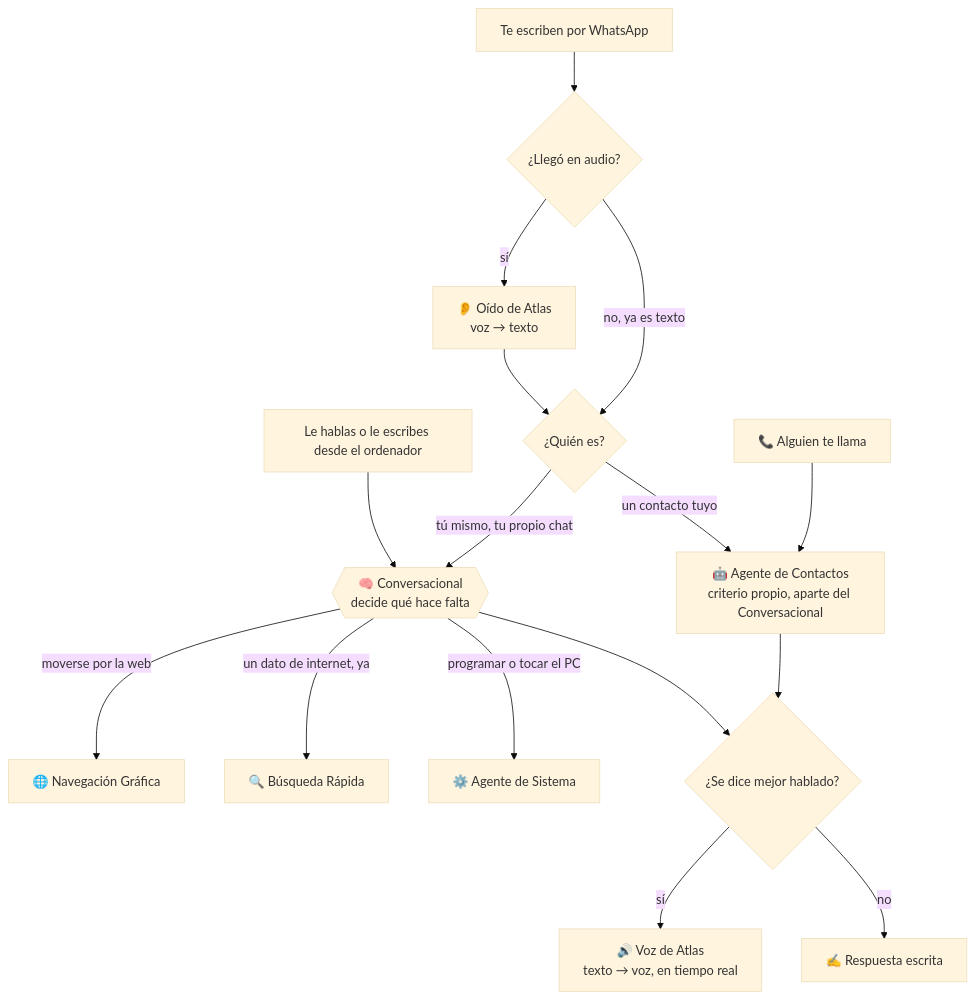
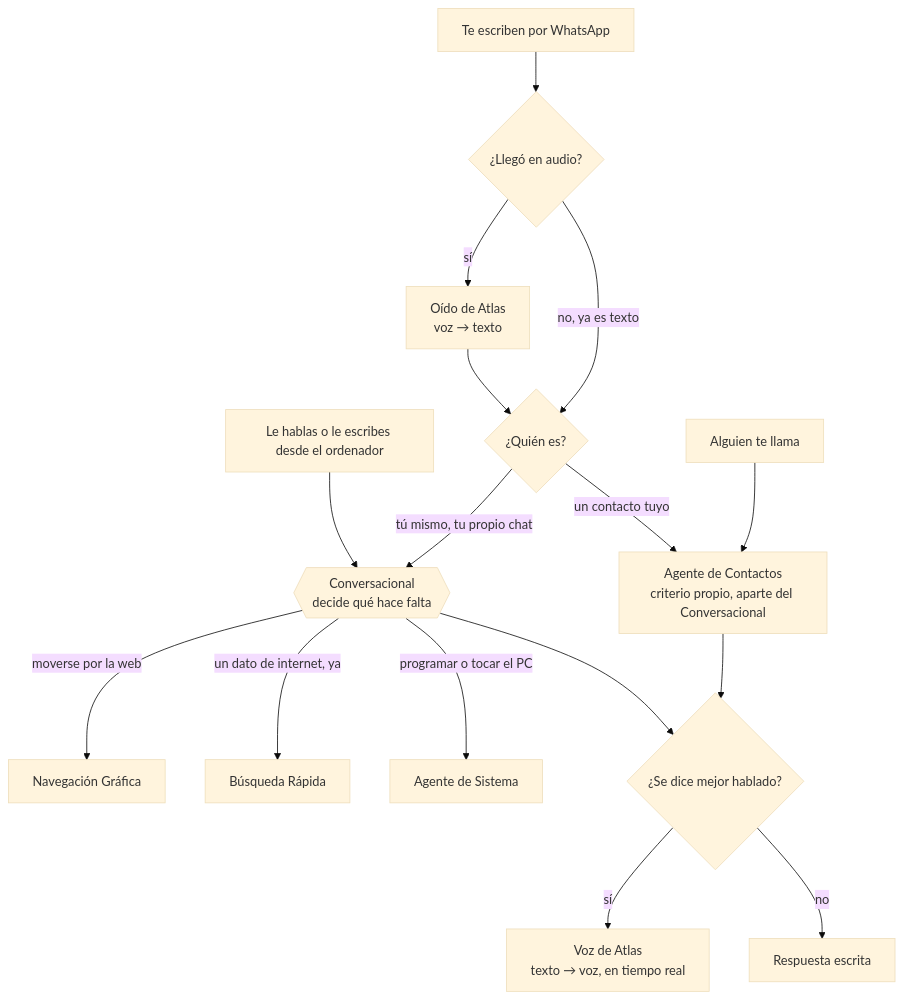
One commit to sharith45/atlas-Assistant changed the diagram in README.md. Above: the diagram before and after it, drawn with Mermaid (base theme). The commit also changed other lines of this file, not shown here.

Commit message:
Saca el diagrama de la seccion colapsada y lo hace visible
Antes vivia dentro de "Para quien quiera mirar debajo del capo", una
seccion <details> cerrada por defecto -- practicamente nadie la abria.
Ahora tiene su propia seccion "Diagrama de Atlas", siempre visible,
entre Habilidades ampliables e Instalacion. Tambien se quitaron los
emojis de los nodos del diagrama.

````diff
--- a/README.md
+++ b/README.md
@@ -321,23 +169,23 @@
 ```mermaid
 flowchart TD
     E1["Le hablas o le escribes desde el ordenador"] --> CONV
 
-    CONV{{"🧠 Conversacional<br/>decide qué hace falta"}}
-    CONV -->|"moverse por la web"| NAV["🌐 Navegación Gráfica"]
-    CONV -->|"un dato de internet, ya"| BUS["🔍 Búsqueda Rápida"]
-    CONV -->|"programar o tocar el PC"| SIS["⚙️ Agente de Sistema"]
+    CONV{{"Conversacional<br/>decide qué hace falta"}}
+    CONV -->|"moverse por la web"| NAV["Navegación Gráfica"]
+    CONV -->|"un dato de internet, ya"| BUS["Búsqueda Rápida"]
+    CONV -->|"programar o tocar el PC"| SIS["Agente de Sistema"]
 
     W1["Te escriben por WhatsApp"] --> W2{"¿Llegó en audio?"}
-    W2 -->|"sí"| OIDO["👂 Oído de Atlas<br/>voz → texto"]
+    W2 -->|"sí"| OIDO["Oído de Atlas<br/>voz → texto"]
     W2 -->|"no, ya es texto"| W3
     OIDO --> W3{"¿Quién es?"}
-    LLAM["📞 Alguien te llama"] --> WAAG
+    LLAM["Alguien te llama"] --> WAAG
 
     W3 -->|"tú mismo, tu propio chat"| CONV
-    W3 -->|"un contacto tuyo"| WAAG["🤖 Agente de Contactos<br/>criterio propio, aparte del Conversacional"]
+    W3 -->|"un contacto tuyo"| WAAG["Agente de Contactos<br/>criterio propio, aparte del Conversacional"]
 
     CONV --> SALIDA{"¿Se dice mejor hablado?"}
     WAAG --> SALIDA
-    SALIDA -->|"sí"| VOZ["🔊 Voz de Atlas<br/>texto → voz, en tiempo real"]
-    SALIDA -->|"no"| TXT["✍️ Respuesta escrita"]
+    SALIDA -->|"sí"| VOZ["Voz de Atlas<br/>texto → voz, en tiempo real"]
+    SALIDA -->|"no"| TXT["Respuesta escrita"]
 ```
````
